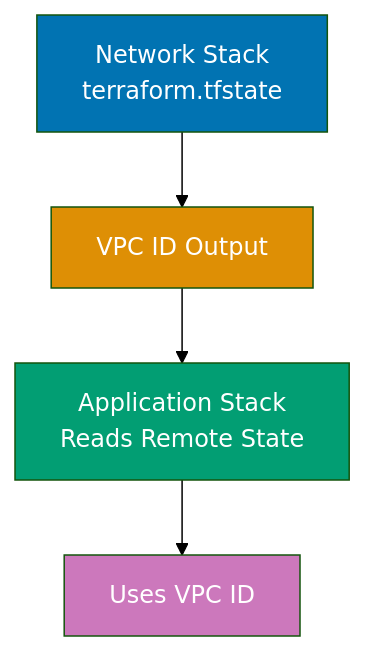
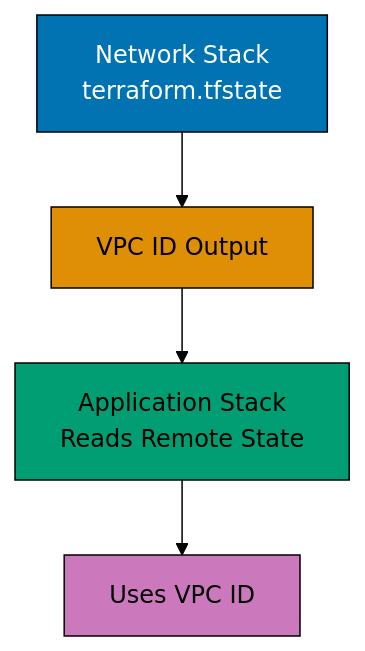
The sixth of 11 diagrams in apps/ayokoding-www/content/en/learn/legacy/software-engineering/infrastructure/tools/terraform/by-example/intermediate.md (wahidyankf/ose-public), drawn with Mermaid (forest theme) before and after one commit. The commit also changed other lines of this file and 131 other files, not shown here.

First line of the commit message:
fix(mermaid): bring the legacy data, infrastructure, and testing diagrams onto the accessible palette

````diff
--- a/apps/ayokoding-www/content/en/learn/legacy/software-engineering/infrastructure/tools/terraform/by-example/intermediate.md
+++ b/apps/ayokoding-www/content/en/learn/legacy/software-engineering/infrastructure/tools/terraform/by-example/intermediate.md
@@ -1366,12 +1402,19 @@
 ```mermaid
 %% Color Palette: Blue #0173B2, Orange #DE8F05, Teal #029E73, Purple #CC78BC, Brown #CA9161
 graph TD
+ accTitle: Example 39: Remote State Data Sources
+ accDescr: Graph with 4 nodes and 3 connections. Nodes: Network Stack terraform.tfstate, VPC ID Output, Application Stack Reads Remote State, Uses VPC ID. Connections: Network Stack terraform.tfstate to VPC ID Output, VPC ID Output to Application Stack Reads Remote State, Application Stack Reads Remote State to Uses VPC ID.
  A["Network Stack<br/>terraform.tfstate"] --> B["VPC ID Output"]
  B --> C["Application Stack<br/>Reads Remote State"]
  C --> D["Uses VPC ID"]
 
- style A fill:#0173B2,color:#fff
- style B fill:#DE8F05,color:#fff
- style C fill:#029E73,color:#fff
- style D fill:#CC78BC,color:#fff
+ classDef pal-0173B2 fill:#0173B2,stroke:#000000,color:#FFFFFF
+ class A pal-0173B2
+ classDef pal-DE8F05 fill:#DE8F05,stroke:#000000,color:#000000
+ class B pal-DE8F05
+ classDef pal-029E73 fill:#029E73,stroke:#000000,color:#000000
+ class C pal-029E73
+ classDef pal-CC78BC fill:#CC78BC,stroke:#000000,color:#000000
+ class D pal-CC78BC
+ classDef default fill:#FFFFFF,stroke:#000000,color:#000000
 ```
````
